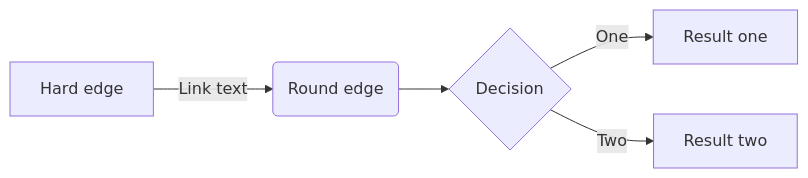
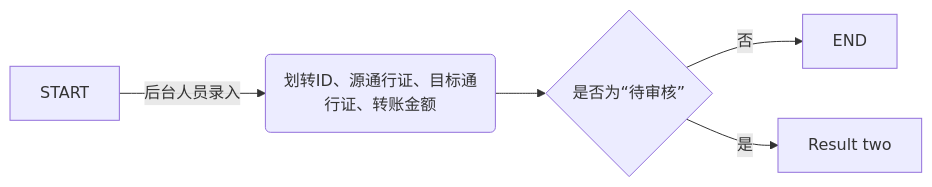
Before and after one commit to ma-luyang/shimobang: the diagram in README.md, drawn with Mermaid.

````diff
--- a/README.md
+++ b/README.md
@@ -3,7 +3,7 @@
 ```mermaid
 flowchart LR
-    A[Hard edge] -->|Link text| B(Round edge);
-    B --> C{Decision};
-    C -->|One| D[Result one];
-    C -->|Two| E[Result two];
+    A[START] -->|后台人员录入| B(划转ID、源通行证、目标通行证、转账金额);
+    B --> C{是否为“待审核”};
+    C -->|否| D[END];
+    C -->|是| E[Result two];
 ```
````
